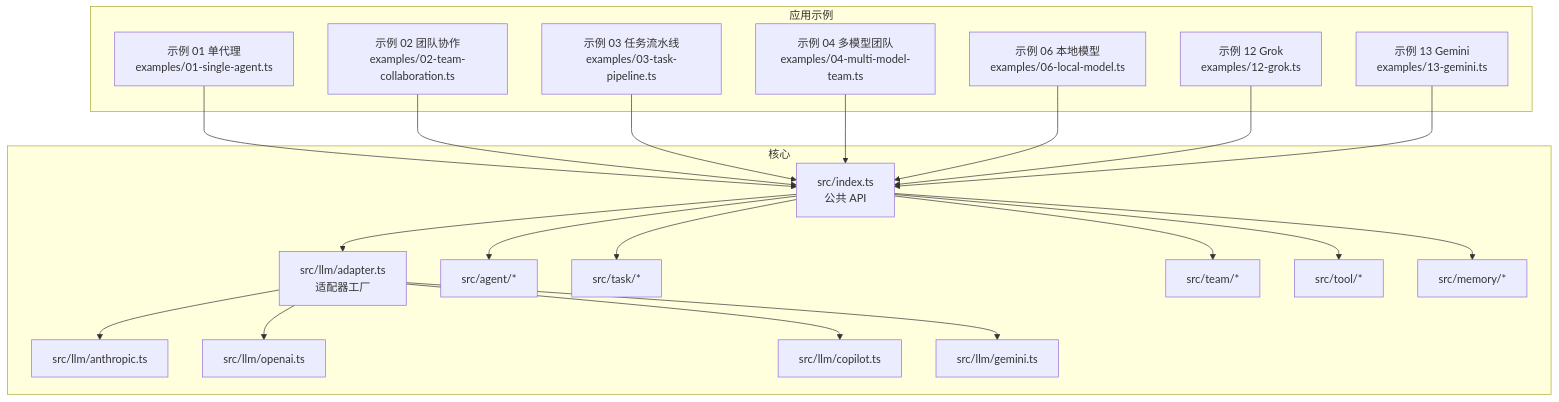
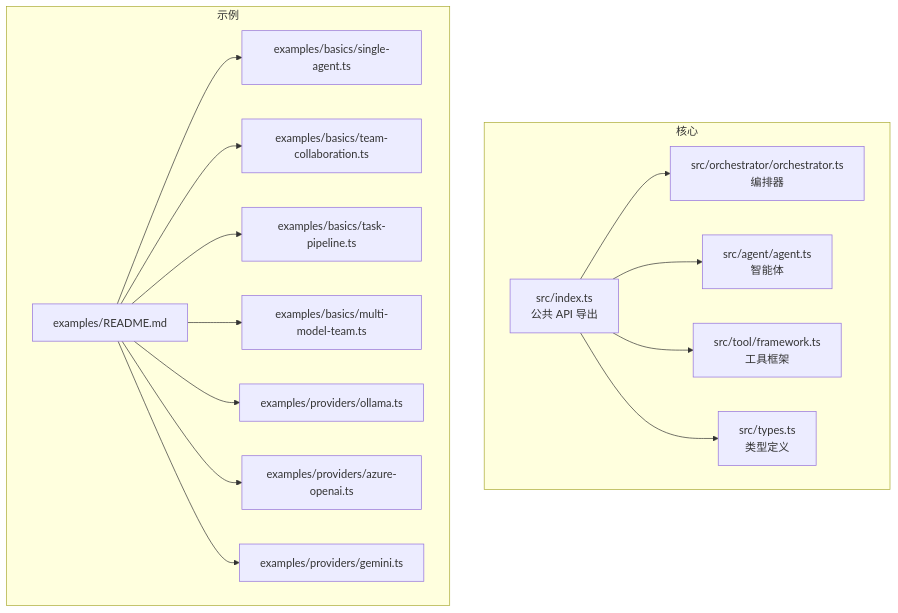
The first of 3 diagrams in .qoder/repowiki/zh/content/快速开始.md (haolange/open-multi-agent), drawn with Mermaid before and after one commit. The commit also changed other lines of this file and 100 other files, not shown here.

````diff
--- a/.qoder/repowiki/zh/content/快速开始.md
+++ b/.qoder/repowiki/zh/content/快速开始.md
@@ -62,42 +51,31 @@
 ```mermaid
 graph TB
-subgraph "应用示例"
-E01["示例 01 单代理<br/>examples/01-single-agent.ts"]
-E02["示例 02 团队协作<br/>examples/02-team-collaboration.ts"]
-E03["示例 03 任务流水线<br/>examples/03-task-pipeline.ts"]
-E04["示例 04 多模型团队<br/>examples/04-multi-model-team.ts"]
-E06["示例 06 本地模型<br/>examples/06-local-model.ts"]
-E12["示例 12 Grok<br/>examples/12-grok.ts"]
-E13["示例 13 Gemini<br/>examples/13-gemini.ts"]
+subgraph "核心"
+IDX["src/index.ts<br/>公共 API 导出"]
+ORCH["src/orchestrator/orchestrator.ts<br/>编排器"]
+AGT["src/agent/agent.ts<br/>智能体"]
+TOOL["src/tool/framework.ts<br/>工具框架"]
+TYPES["src/types.ts<br/>类型定义"]
 end
-subgraph "核心"
-IDX["src/index.ts<br/>公共 API"]
-ADP["src/llm/adapter.ts<br/>适配器工厂"]
-ANT["src/llm/anthropic.ts"]
-OAI["src/llm/openai.ts"]
-CPI["src/llm/copilot.ts"]
-GMI["src/llm/gemini.ts"]
-AGT["src/agent/*"]
-TSK["src/task/*"]
-TM["src/team/*"]
-TL["src/tool/*"]
-MEM["src/memory/*"]
+subgraph "示例"
+EX_README["examples/README.md"]
+EX_SINGLE["examples/basics/single-agent.ts"]
+EX_TEAM["examples/basics/team-collaboration.ts"]
+EX_TASKS["examples/basics/task-pipeline.ts"]
+EX_MULTI["examples/basics/multi-model-team.ts"]
+EX_OLLAMA["examples/providers/ollama.ts"]
+EX_AZ["examples/providers/azure-openai.ts"]
+EX_GEM["examples/providers/gemini.ts"]
 end
-E01 --> IDX
-E02 --> IDX
-E03 --> IDX
-E04 --> IDX
-E06 --> IDX
-E12 --> IDX
-E13 --> IDX
-IDX --> ADP
-ADP --> ANT
-ADP --> OAI
-ADP --> CPI
-ADP --> GMI
+IDX --> ORCH
 IDX --> AGT
-IDX --> TSK
-IDX --> TM
-IDX --> TL
-IDX --> MEM
+IDX --> TOOL
+IDX --> TYPES
+EX_README --> EX_SINGLE
+EX_README --> EX_TEAM
+EX_README --> EX_TASKS
+EX_README --> EX_MULTI
+EX_README --> EX_OLLAMA
+EX_README --> EX_AZ
+EX_README --> EX_GEM
 ```
````
